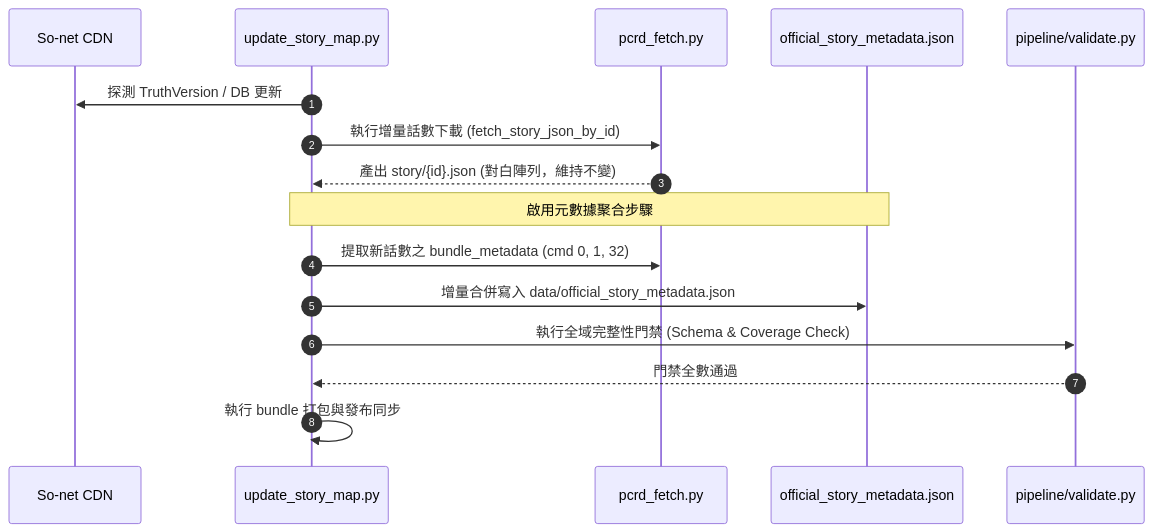
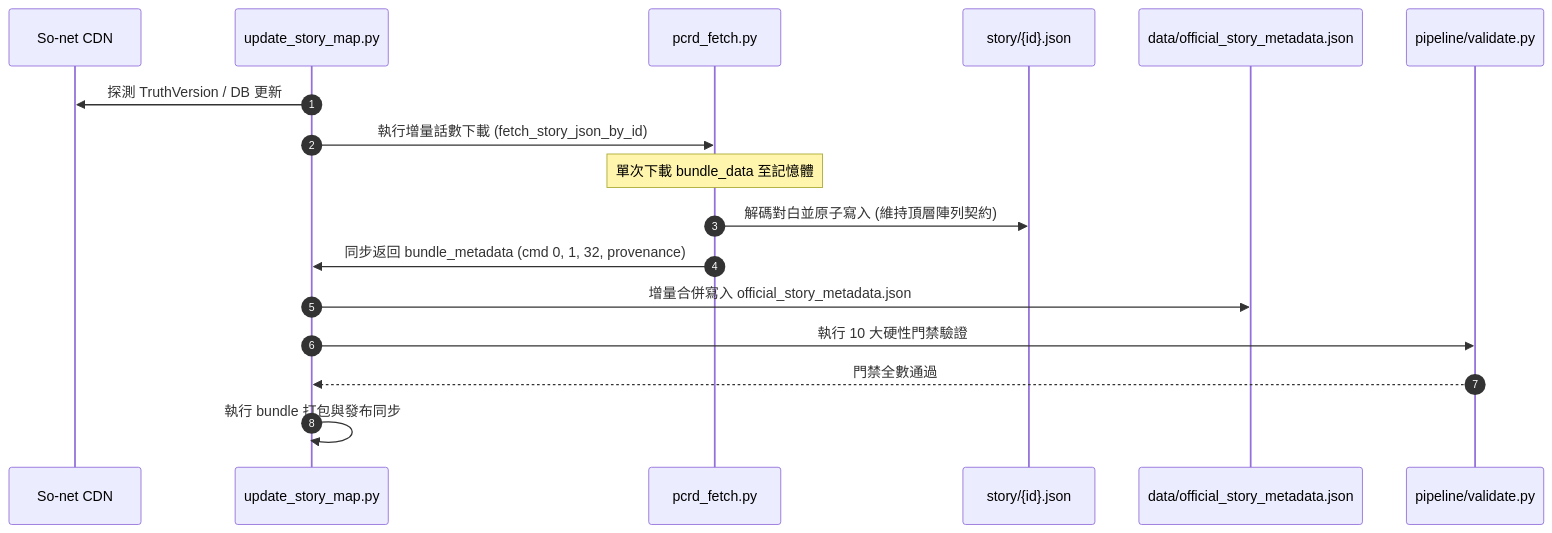
The diagram in docs/STORY_METADATA_PERSISTENCE_DECISION_D2.md (SmallOrange0323/PCRD_transtool), drawn with Mermaid before and after one commit. The commit also changed other lines of this file, not shown here.

````diff
--- a/docs/STORY_METADATA_PERSISTENCE_DECISION_D2.md
+++ b/docs/STORY_METADATA_PERSISTENCE_DECISION_D2.md
@@ -197,19 +247,20 @@
 ```mermaid
 sequenceDiagram
     autonumber
     participant CDN as So-net CDN
     participant Pipeline as update_story_map.py
     participant Fetch as pcrd_fetch.py
-    participant Manifest as official_story_metadata.json
+    participant StoryJSON as story/{id}.json
+    participant Manifest as data/official_story_metadata.json
     participant Validate as pipeline/validate.py
 
     Pipeline->>CDN: 探測 TruthVersion / DB 更新
     Pipeline->>Fetch: 執行增量話數下載 (fetch_story_json_by_id)
-    Fetch-->>Pipeline: 產出 story/{id}.json (對白陣列，維持不變)
-    Note over Pipeline,Manifest: 啟用元數據聚合步驟
-    Pipeline->>Fetch: 提取新話數之 bundle_metadata (cmd 0, 1, 32)
-    Pipeline->>Manifest: 增量合併寫入 data/official_story_metadata.json
-    Pipeline->>Validate: 執行全域完整性門禁 (Schema & Coverage Check)
+    Note over Fetch: 單次下載 bundle_data 至記憶體
+    Fetch->>StoryJSON: 解碼對白並原子寫入 (維持頂層陣列契約)
+    Fetch->>Pipeline: 同步返回 bundle_metadata (cmd 0, 1, 32, provenance)
+    Pipeline->>Manifest: 增量合併寫入 official_story_metadata.json
+    Pipeline->>Validate: 執行 10 大硬性門禁驗證
     Validate-->>Pipeline: 門禁全數通過
     Pipeline->>Pipeline: 執行 bundle 打包與發布同步
 ```
````
